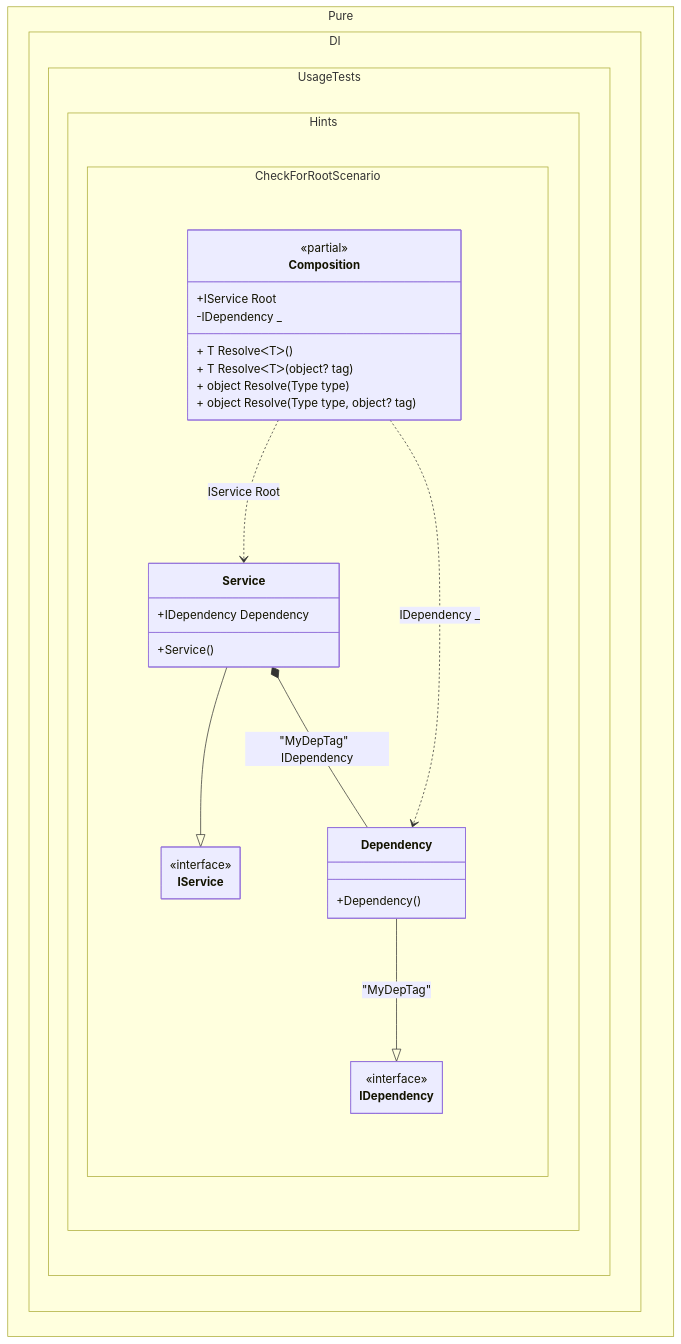
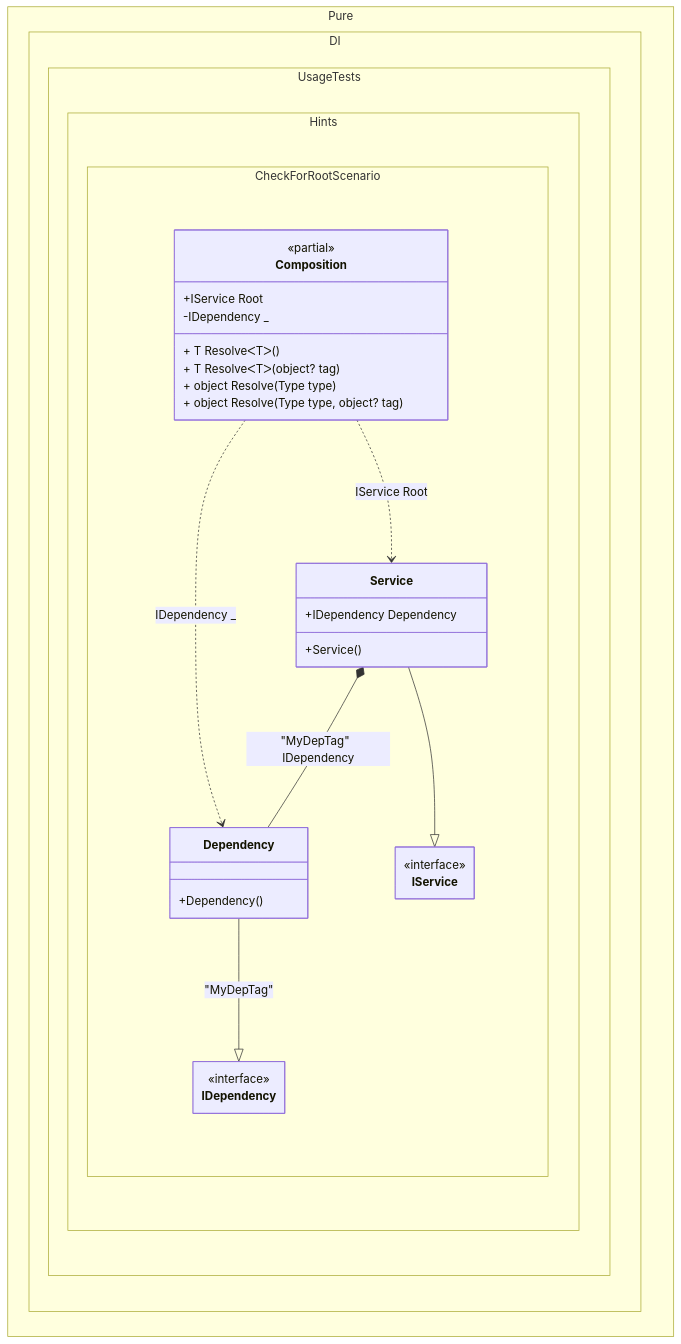
One commit to DevTeam/Pure.DI changed the diagram in readme/check-for-a-root.md. Above: the diagram before and after it, drawn with Mermaid. The commit also changed other lines of this file and 113 other files, not shown here.

````diff
--- a/readme/check-for-a-root.md
+++ b/readme/check-for-a-root.md
@@ -275,37 +275,37 @@
 ```mermaid
 ---
  config:
   class:
    hideEmptyMembersBox: true
 ---
 classDiagram
+	Dependency --|> IDependency : "MyDepTag" 
 	Service --|> IService
-	Dependency --|> IDependency : "MyDepTag" 
 	Composition ..> Service : IService Root
 	Composition ..> Dependency : IDependency _
 	Service *--  Dependency : "MyDepTag"  IDependency
 	namespace Pure.DI.UsageTests.Hints.CheckForRootScenario {
 		class Composition {
 		<<partial>>
 		+IService Root
 		-IDependency _
 		+ T ResolveᐸTᐳ()
 		+ T ResolveᐸTᐳ(object? tag)
 		+ object Resolve(Type type)
 		+ object Resolve(Type type, object? tag)
 		}
 		class Dependency {
 			+Dependency()
 		}
 		class IDependency {
 			<<interface>>
 		}
 		class IService {
 			<<interface>>
 		}
 		class Service {
 			+Service()
 			+IDependency Dependency
 		}
 	}
 ```
````
